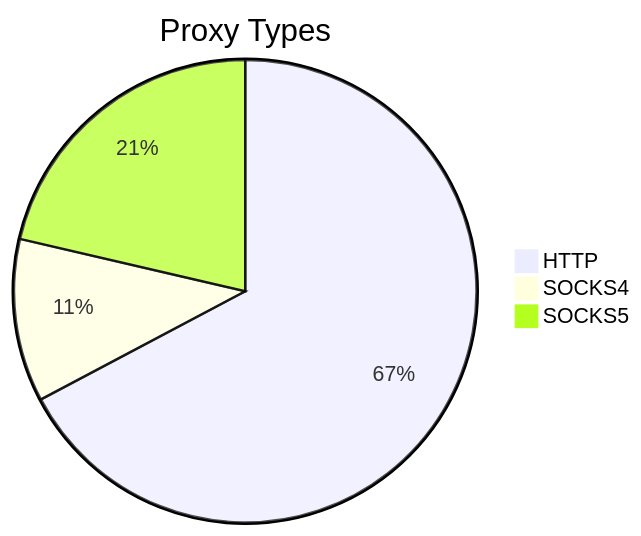
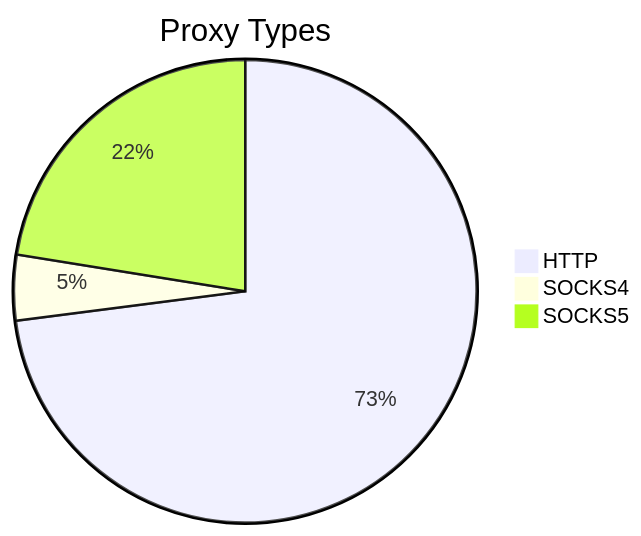
The first of 2 diagrams in README.md (stormsia/proxy-list), drawn with Mermaid before and after one commit. The commit also changed other lines of this file, not shown here.

````diff
--- a/README.md
+++ b/README.md
@@ -21,6 +21,6 @@
 ```mermaid
 pie title Proxy Types
-    "HTTP" : 384
-    "SOCKS4" : 65
-    "SOCKS5" : 122
+    "HTTP" : 734
+    "SOCKS4" : 46
+    "SOCKS5" : 226
 ```
````
